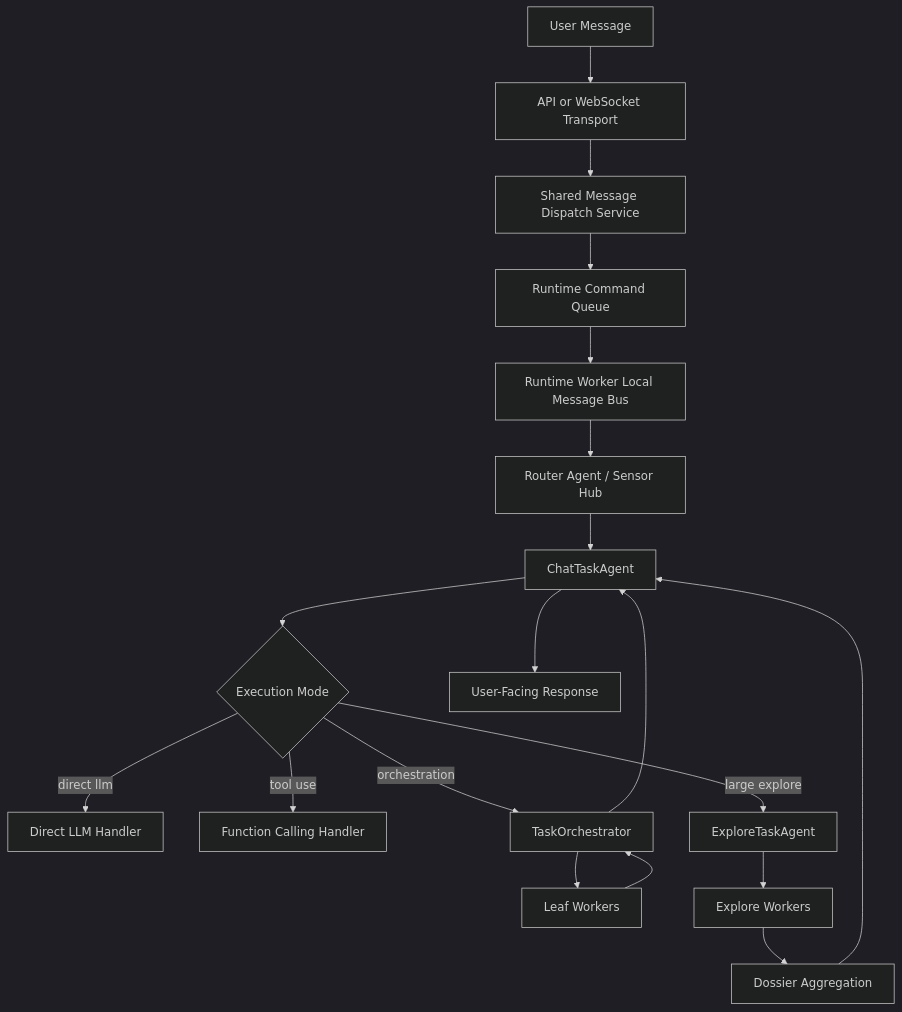
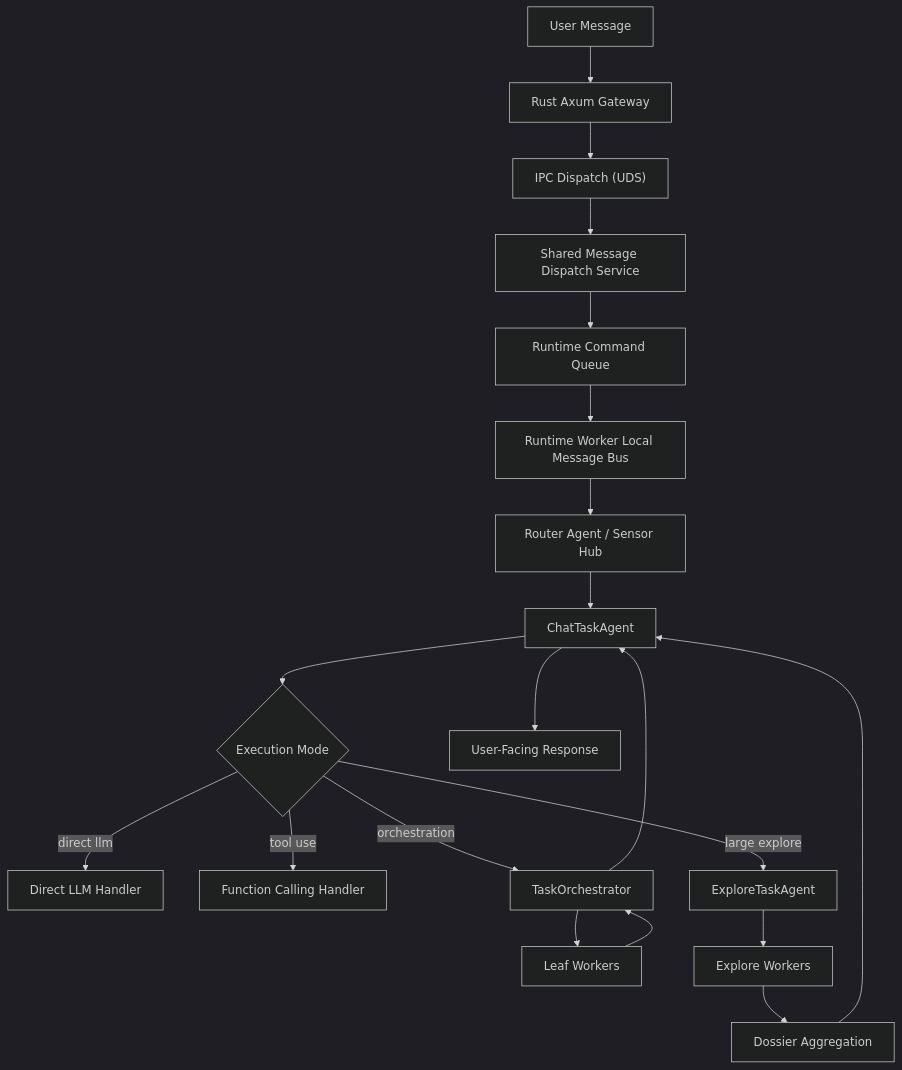
Before and after one commit to asukaonly/magi: the diagram in docs/task-agent-runtime-architecture.md, drawn with Mermaid (dark theme). The commit also changed other lines of this file and 3 other files, not shown here.

First line of the commit message:
docs: update architecture docs for Rust gateway + IPC worker topology

````diff
--- a/docs/task-agent-runtime-architecture.md
+++ b/docs/task-agent-runtime-architecture.md
@@ -84,25 +84,26 @@
 ```mermaid
 flowchart TD
-    U["User Message"] --> T["API or WebSocket Transport"]
-    T --> D["Shared Message Dispatch Service"]
+    U["User Message"] --> G["Rust Axum Gateway"]
+    G --> IPC["IPC Dispatch (UDS)"]
+    IPC --> D["Shared Message Dispatch Service"]
     D --> Q["Runtime Command Queue"]
     Q --> B["Runtime Worker Local Message Bus"]
     B --> R["Router Agent / Sensor Hub"]
     R --> C["ChatTaskAgent"]
 
     C --> M{"Execution Mode"}
     M -->|direct llm| L["Direct LLM Handler"]
     M -->|tool use| F["Function Calling Handler"]
     M -->|orchestration| O["TaskOrchestrator"]
     M -->|large explore| X["ExploreTaskAgent"]
 
     O --> W["Leaf Workers"]
     W --> O
     O --> C
 
     X --> XW["Explore Workers"]
     XW --> XA["Dossier Aggregation"]
     XA --> C
 
     C --> A["User-Facing Response"]
 ```
````
